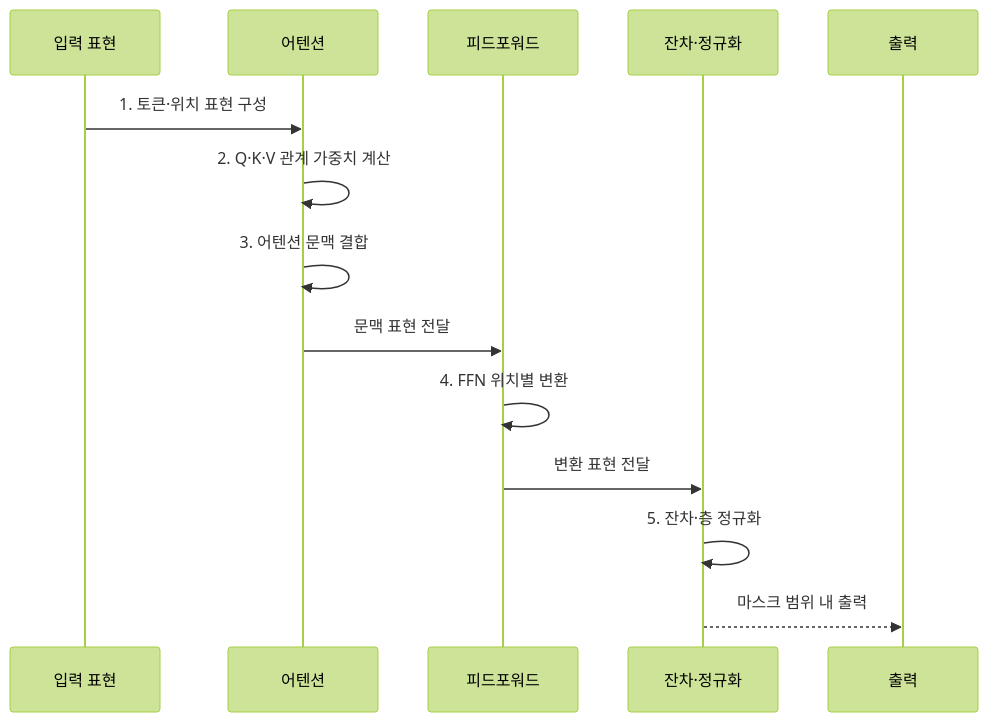
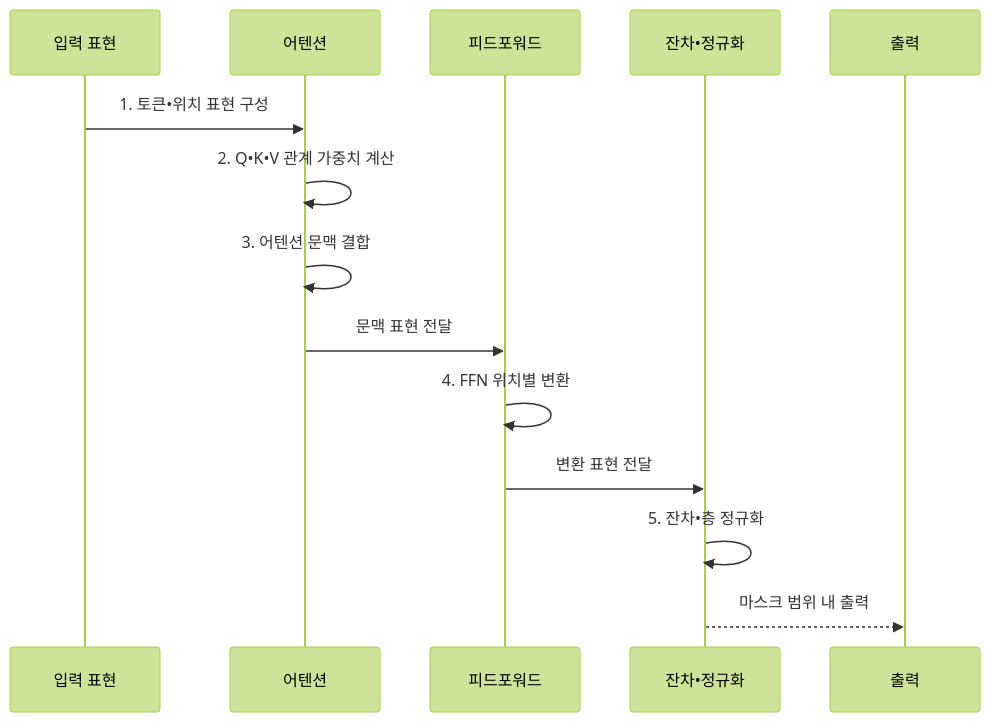
Before and after one commit to agnusdei1207/knowledge-base: the second of 2 diagrams in src/content/docs/notes/08-latest-tech/027_transformer.md, drawn with Mermaid (forest theme). The commit also changed other lines of this file and 953 other files, not shown here.

````diff
--- a/src/content/docs/notes/08-latest-tech/027_transformer.md
+++ b/src/content/docs/notes/08-latest-tech/027_transformer.md
@@ -99,16 +99,16 @@
 ```mermaid
 sequenceDiagram
     participant I as 입력 표현
     participant A as 어텐션
     participant F as 피드포워드
-    participant S as 잔차·정규화
+    participant S as 잔차•정규화
     participant O as 출력
-    I->>A: 1. 토큰·위치 표현 구성
-    A->>A: 2. Q·K·V 관계 가중치 계산
+    I->>A: 1. 토큰•위치 표현 구성
+    A->>A: 2. Q•K•V 관계 가중치 계산
     A->>A: 3. 어텐션 문맥 결합
     A->>F: 문맥 표현 전달
     F->>F: 4. FFN 위치별 변환
     F->>S: 변환 표현 전달
-    S->>S: 5. 잔차·층 정규화
+    S->>S: 5. 잔차•층 정규화
     S-->>O: 마스크 범위 내 출력
 ```
````
